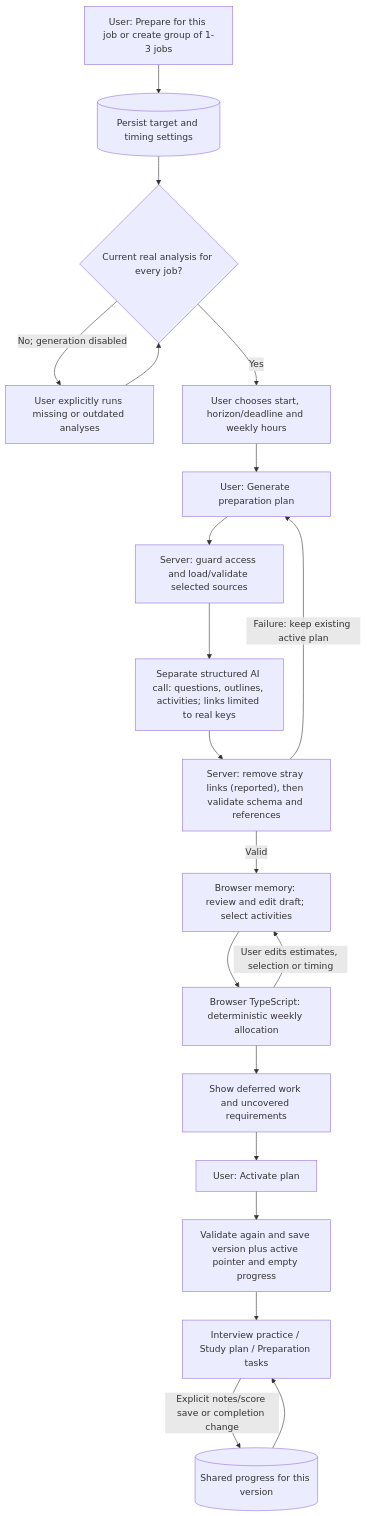
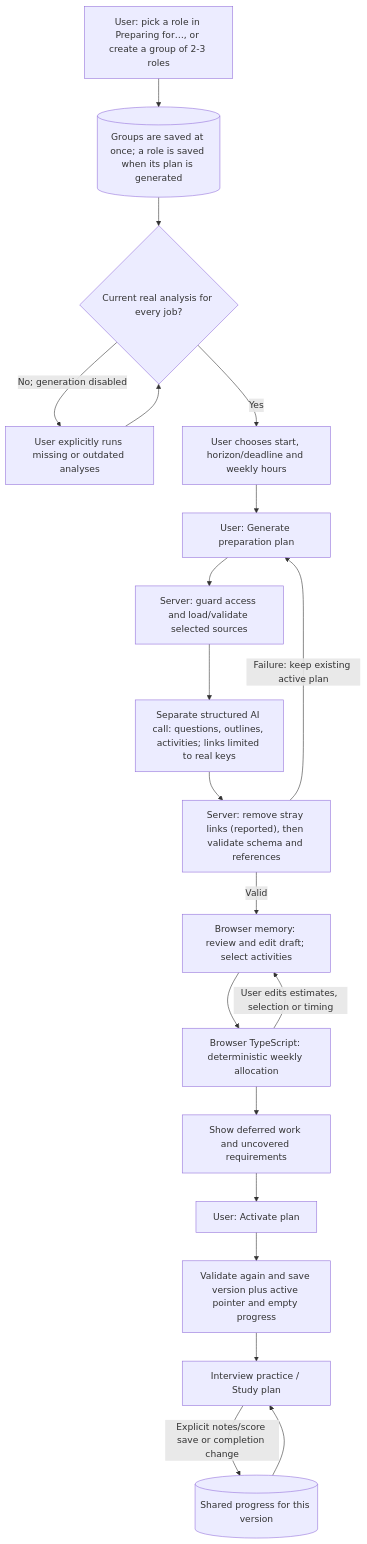
The first of 2 diagrams in docs/architecture/preparation-lifecycle.md (horadam/fieldwork), drawn with Mermaid before and after one commit. The commit also changed other lines of this file and 18 other files, not shown here.

First line of the commit message:
Simplify preparation and model-key flows

````diff
--- a/docs/architecture/preparation-lifecycle.md
+++ b/docs/architecture/preparation-lifecycle.md
@@ -12,28 +14,28 @@
 ```mermaid
 flowchart TD
-  SELECT["User: Prepare for this job or create group of 1-3 jobs"]
-  TARGET[("Persist target and timing settings")]
+  SELECT["User: pick a role in Preparing for…, or create a group of 2-3 roles"]
+  TARGET[("Groups are saved at once; a role is saved when its plan is generated")]
   FRESH{"Current real analysis for every job?"}
   ANALYZE["User explicitly runs missing or outdated analyses"]
   BUDGET["User chooses start, horizon/deadline and weekly hours"]
   GENERATE["User: Generate preparation plan"]
   API["Server: guard access and load/validate selected sources"]
   AI["Separate structured AI call: questions, outlines, activities; links limited to real keys"]
   VALIDATE["Server: remove stray links (reported), then validate schema and references"]
   REVIEW["Browser memory: review and edit draft; select activities"]
   SCHEDULE["Browser TypeScript: deterministic weekly allocation"]
   DEFER["Show deferred work and uncovered requirements"]
   ACTIVATE["User: Activate plan"]
   SAVE["Validate again and save version plus active pointer and empty progress"]
-  VIEWS["Interview practice / Study plan / Preparation tasks"]
+  VIEWS["Interview practice / Study plan"]
   PROGRESS[("Shared progress for this version")]
   SELECT --> TARGET --> FRESH
   FRESH -->|"No; generation disabled"| ANALYZE --> FRESH
   FRESH -->|Yes| BUDGET --> GENERATE --> API --> AI --> VALIDATE
   VALIDATE -->|Valid| REVIEW --> SCHEDULE --> DEFER --> ACTIVATE --> SAVE
   VALIDATE -->|"Failure: keep existing active plan"| GENERATE
   SCHEDULE -->|"User edits estimates, selection or timing"| REVIEW
   SAVE --> VIEWS
   VIEWS -->|"Explicit notes/score save or completion change"| PROGRESS
   PROGRESS --> VIEWS
 ```
````
